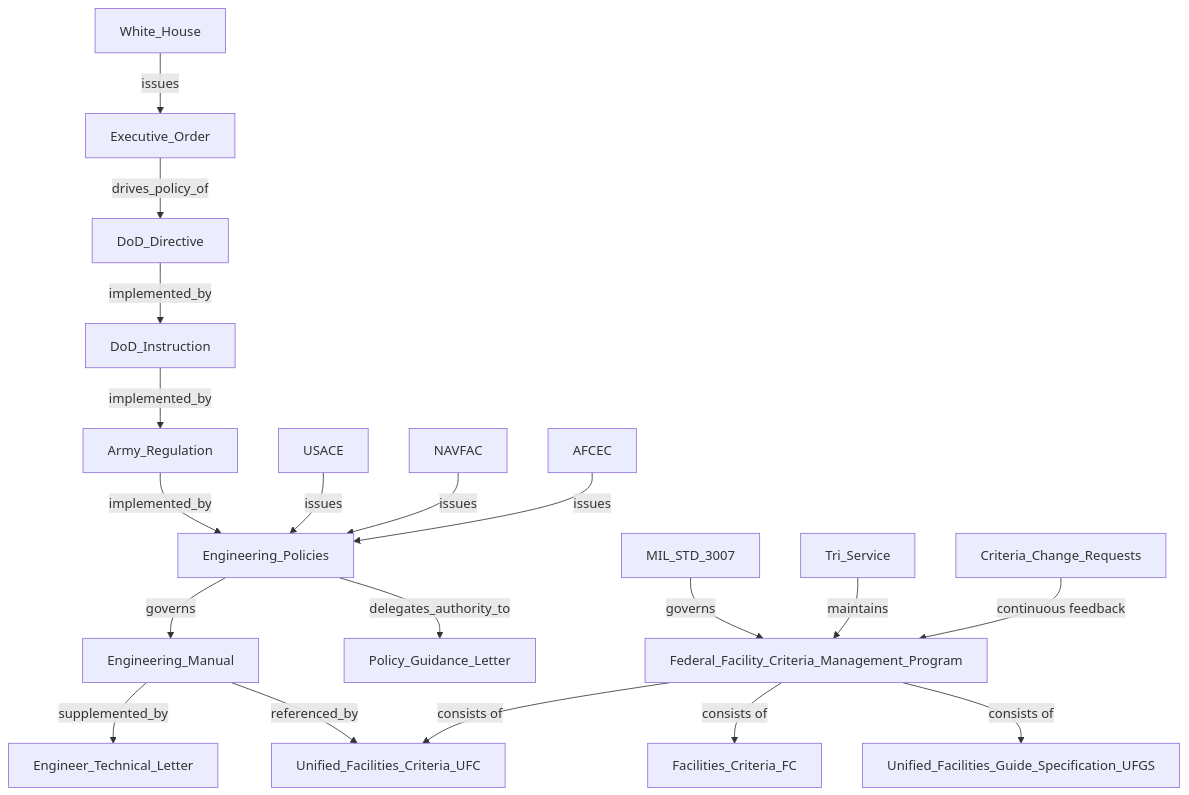
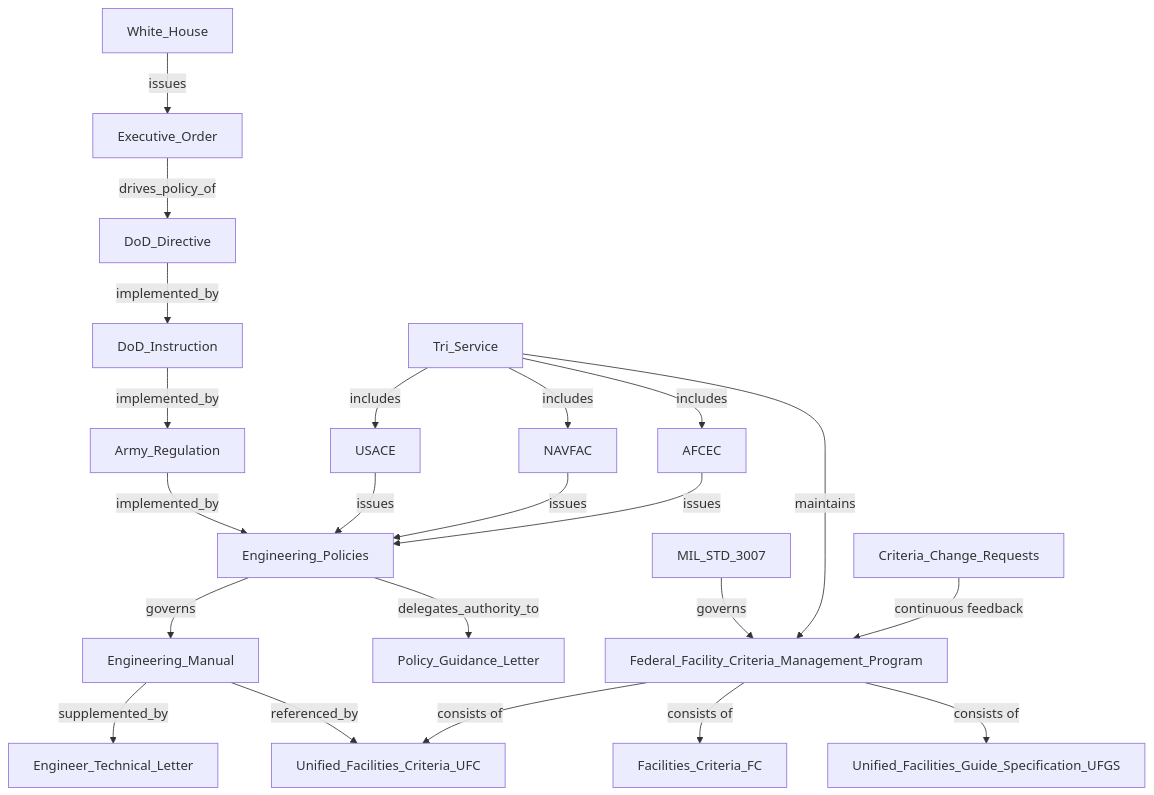
Before and after one commit to vdubya/criteria-assistant: the diagram in data/KG_document_hierarchy.md, drawn with Mermaid.

````diff
--- a/data/KG_document_hierarchy.md
+++ b/data/KG_document_hierarchy.md
@@ -1,22 +1,25 @@
 ```mermaid
 graph TD
   White_House -->|issues| Executive_Order
   Executive_Order -->|drives_policy_of| DoD_Directive
   DoD_Directive -->|implemented_by| DoD_Instruction
   DoD_Instruction -->|implemented_by| Army_Regulation
   Army_Regulation -->|implemented_by| Engineering_Policies
   Engineering_Policies -->|governs| Engineering_Manual
   Engineering_Manual -->|supplemented_by| Engineer_Technical_Letter
   Engineering_Policies -->|delegates_authority_to| Policy_Guidance_Letter
   Engineering_Manual -->|referenced_by| Unified_Facilities_Criteria_UFC
   MIL_STD_3007 -->|governs| Federal_Facility_Criteria_Management_Program
+  Tri_Service -->|includes| USACE
+  Tri_Service -->|includes| NAVFAC
+  Tri_Service -->|includes| AFCEC
   USACE -->|issues| Engineering_Policies
   NAVFAC -->|issues| Engineering_Policies
   AFCEC -->|issues| Engineering_Policies
   Tri_Service -->|maintains| Federal_Facility_Criteria_Management_Program
   Criteria_Change_Requests -->|continuous feedback| Federal_Facility_Criteria_Management_Program
   Federal_Facility_Criteria_Management_Program -->|consists of| Unified_Facilities_Criteria_UFC
   Federal_Facility_Criteria_Management_Program -->|consists of| Facilities_Criteria_FC
   Federal_Facility_Criteria_Management_Program -->|consists of| Unified_Facilities_Guide_Specification_UFGS
   
 ```
````
